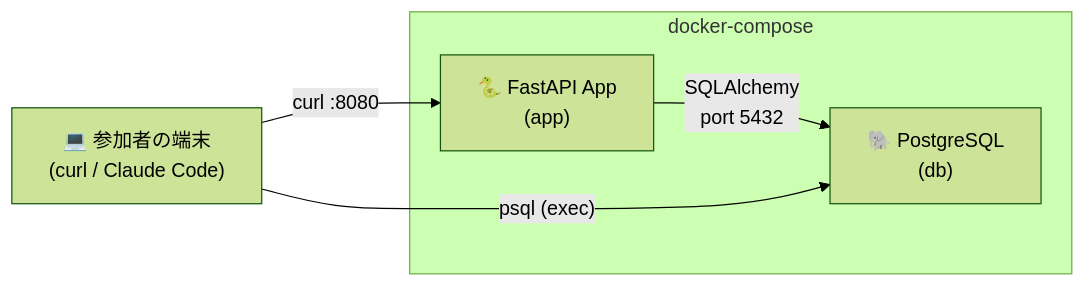
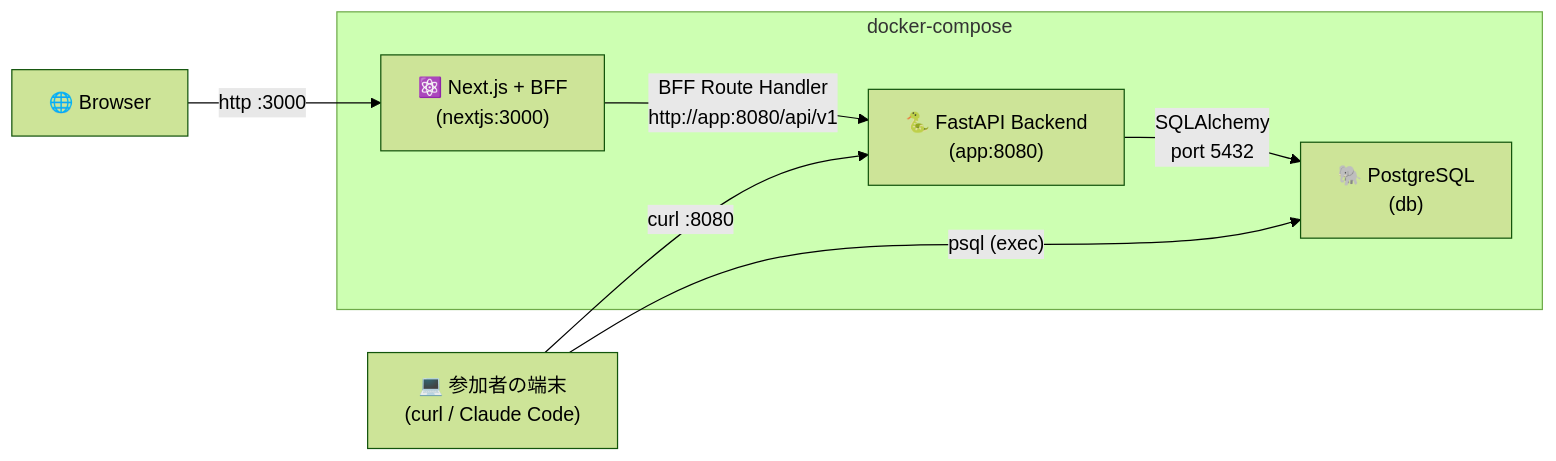
Before and after one commit to tyorikan/migration-with-ai: the second of 10 diagrams in workshop-real/README.md, drawn with Mermaid (forest theme). The commit also changed other lines of this file and 28 other files, not shown here.

First line of the commit message:
feat: Step 4 を A2UI から Next.js (App Router + BFF) に置き換え

````diff
--- a/workshop-real/README.md
+++ b/workshop-real/README.md
@@ -86,12 +89,16 @@
 ```mermaid
 graph LR
     subgraph "docker-compose"
         DB["🐘 PostgreSQL<br/>(db)"]
-        APP["🐍 FastAPI App<br/>(app)"]
+        APP["🐍 FastAPI Backend<br/>(app:8080)"]
+        NEXT["⚛️ Next.js + BFF<br/>(nextjs:3000)"]
     end
     CLI["💻 参加者の端末<br/>(curl / Claude Code)"]
+    BROWSER["🌐 Browser"]
 
+    BROWSER -->|"http :3000"| NEXT
+    NEXT -->|"BFF Route Handler<br/>http://app:8080/api/v1"| APP
+    APP -->|"SQLAlchemy<br/>port 5432"| DB
     CLI -->|"curl :8080"| APP
-    APP -->|"SQLAlchemy<br/>port 5432"| DB
     CLI -->|"psql (exec)"| DB
 ```
````
